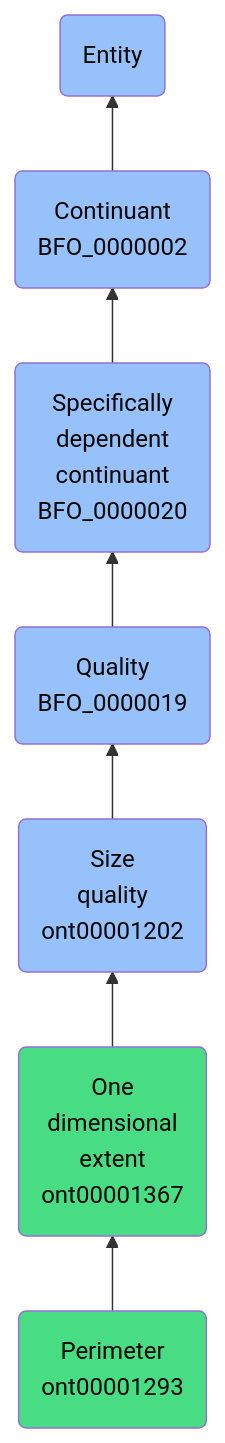
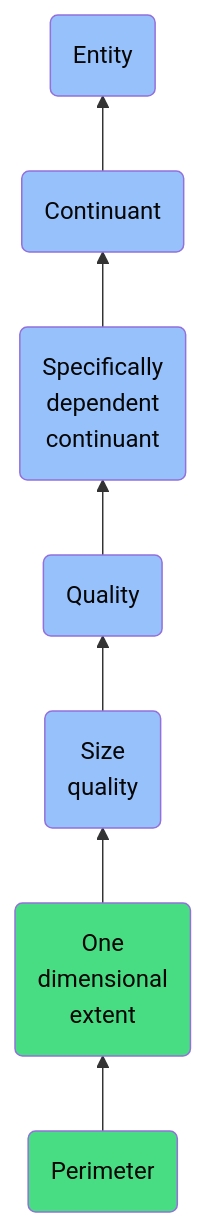
Before and after one commit to jupyter-naas/abi: the diagram in docs/ontology/reference/model/Entity/Continuant/Specifically dependent continuant/Quality/Size quality/One dimensional extent/Perimeter/Perimeter.md, drawn with Mermaid. The commit also changed other lines of this file and 1430 other files, not shown here.

````diff
--- a/docs/ontology/reference/model/Entity/Continuant/Specifically dependent continuant/Quality/Size quality/One dimensional extent/Perimeter/Perimeter.md
+++ b/docs/ontology/reference/model/Entity/Continuant/Specifically dependent continuant/Quality/Size quality/One dimensional extent/Perimeter/Perimeter.md
@@ -24,14 +24,14 @@
 ```mermaid
 graph BT
-    ont00001293(Perimeter<br>ont00001293):::ABI-->ont00001367
-    ont00001367(One<br>dimensional<br>extent<br>ont00001367):::ABI-->ont00001202
-    ont00001202(Size<br>quality<br>ont00001202):::BFO-->BFO_0000019
-    BFO_0000019(Quality<br>BFO_0000019):::BFO-->BFO_0000020
-    BFO_0000020(Specifically<br>dependent<br>continuant<br>BFO_0000020):::BFO-->BFO_0000002
-    BFO_0000002(Continuant<br>BFO_0000002):::BFO-->BFO_0000001
+    ont00001293(Perimeter):::ABI-->ont00001367
+    ont00001367(One<br>dimensional<br>extent):::ABI-->ont00001202
+    ont00001202(Size<br>quality):::BFO-->BFO_0000019
+    BFO_0000019(Quality):::BFO-->BFO_0000020
+    BFO_0000020(Specifically<br>dependent<br>continuant):::BFO-->BFO_0000002
+    BFO_0000002(Continuant):::BFO-->BFO_0000001
     BFO_0000001(Entity):::BFO
     
     classDef BFO fill:#97c1fb,color:#060606
     classDef CCO fill:#e4c51e,color:#060606
     classDef ABI fill:#48DD82,color:#060606
 ```
````
